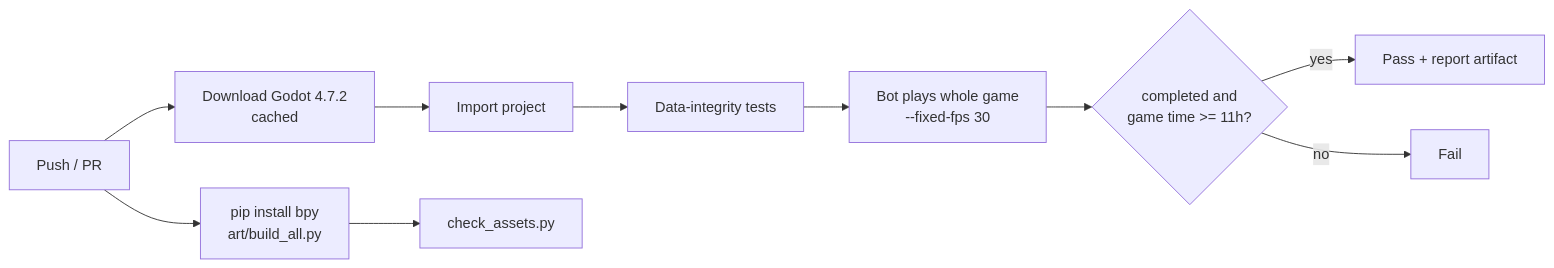
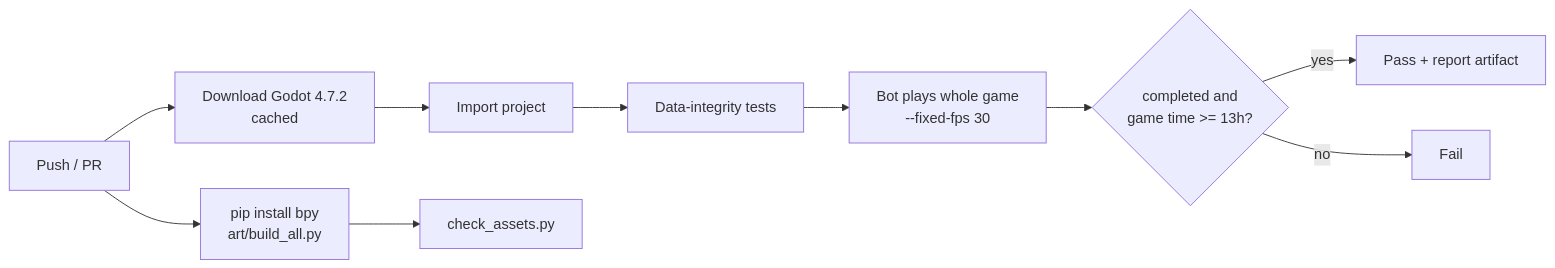
Before and after one commit to jgyy/timegox: diagram 21 of 21 in README.md, drawn with Mermaid. The commit also changed other lines of this file and 274 other files, not shown here.

````diff
--- a/README.md
+++ b/README.md
@@ -1131,11 +1326,11 @@
 ```mermaid
 flowchart LR
     PR[Push / PR] --> DL[Download Godot 4.7.2<br/>cached]
     DL --> IMP[Import project]
     IMP --> T[Data-integrity tests]
     T --> B[Bot plays whole game<br/>--fixed-fps 30]
-    B --> G{completed and<br/>game time >= 11h?}
+    B --> G{completed and<br/>game time >= 13h?}
     PR --> ART[pip install bpy<br/>art/build_all.py] --> CHK[check_assets.py]
     G -- yes --> OK[Pass + report artifact]
     G -- no --> FAIL[Fail]
 ```
````
